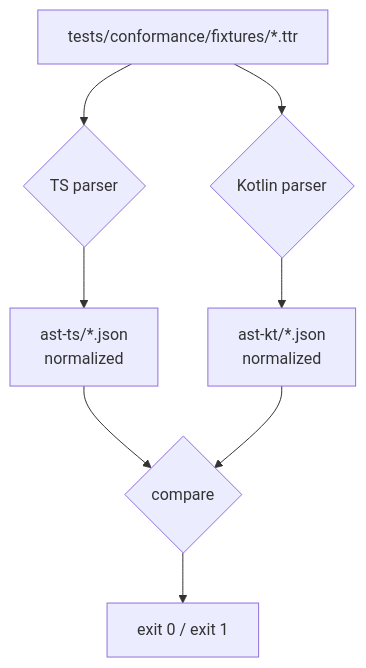
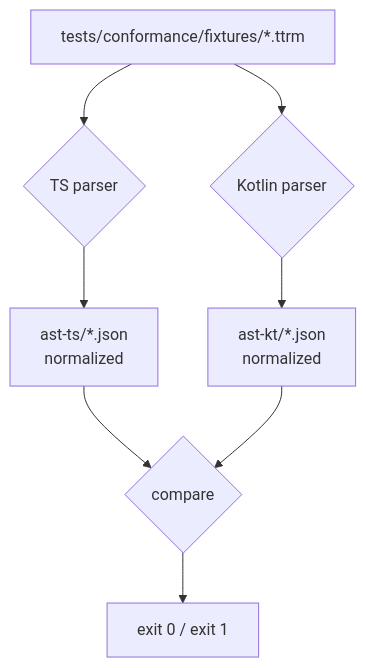
Before and after one commit to Collite/tatrman: the fifth of 6 diagrams in docs/grammar-master/architecture.md, drawn with Mermaid. The commit also changed other lines of this file and 328 other files, not shown here.

First line of the commit message:
Section Phase0-C: rename .ttr model extension → .ttrm

````diff
--- a/docs/grammar-master/architecture.md
+++ b/docs/grammar-master/architecture.md
@@ -202,10 +202,10 @@
 ```mermaid
 flowchart TB
-  FIX[tests/conformance/fixtures/*.ttr] --> TS{TS parser}
+  FIX[tests/conformance/fixtures/*.ttrm] --> TS{TS parser}
   FIX --> KT{Kotlin parser}
   TS --> TSJSON[ast-ts/*.json<br/>normalized]
   KT --> KTJSON[ast-kt/*.json<br/>normalized]
   TSJSON --> DIFF{compare}
   KTJSON --> DIFF
   DIFF --> RES[exit 0 / exit 1]
 ```
````
